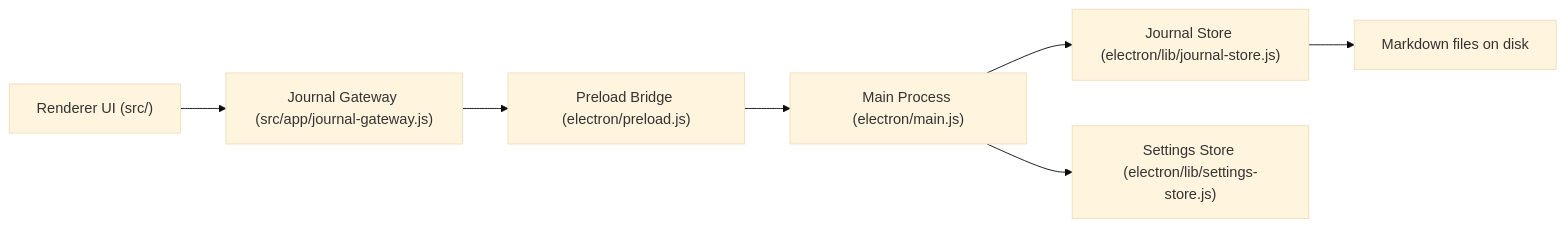
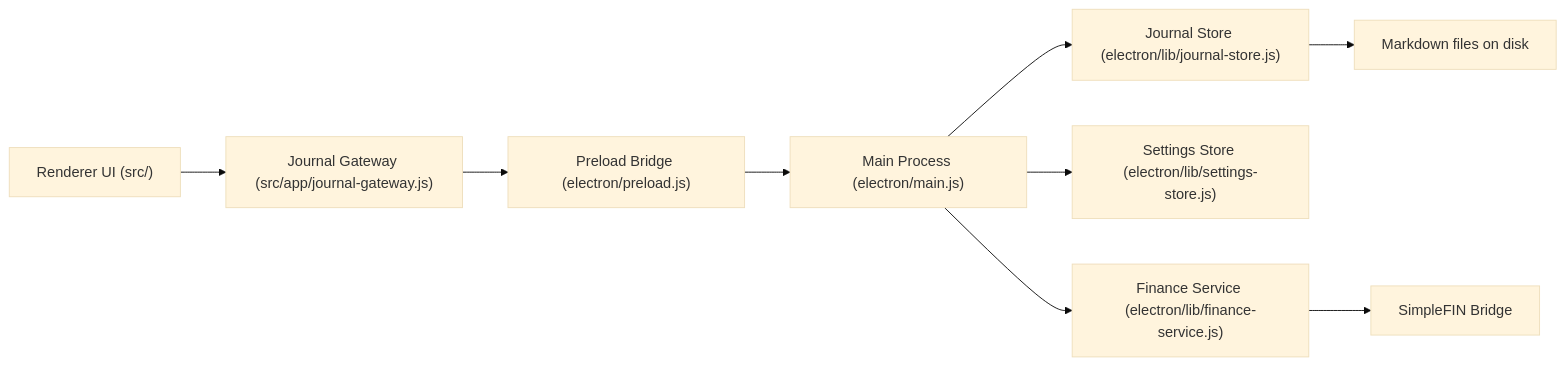
Before and after one commit to liuwilliam424/billbook: the diagram in README.md, drawn with Mermaid (base theme). The commit also changed other lines of this file and 18 other files, not shown here.

Commit message:
Add SimpleFIN-powered finances section

````diff
--- a/README.md
+++ b/README.md
@@ -25,9 +25,11 @@
 ```mermaid
 flowchart LR
   A["Renderer UI (src/)"] --> B["Journal Gateway (src/app/journal-gateway.js)"]
   B --> C["Preload Bridge (electron/preload.js)"]
   C --> D["Main Process (electron/main.js)"]
   D --> E["Journal Store (electron/lib/journal-store.js)"]
   D --> F["Settings Store (electron/lib/settings-store.js)"]
+  D --> H["Finance Service (electron/lib/finance-service.js)"]
   E --> G["Markdown files on disk"]
+  H --> I["SimpleFIN Bridge"]
 ```
````
